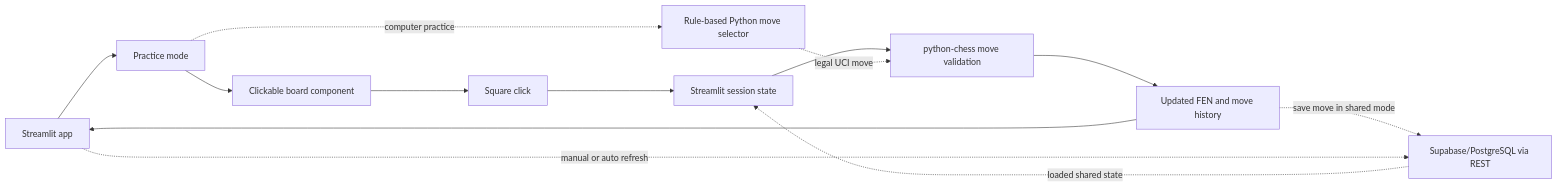
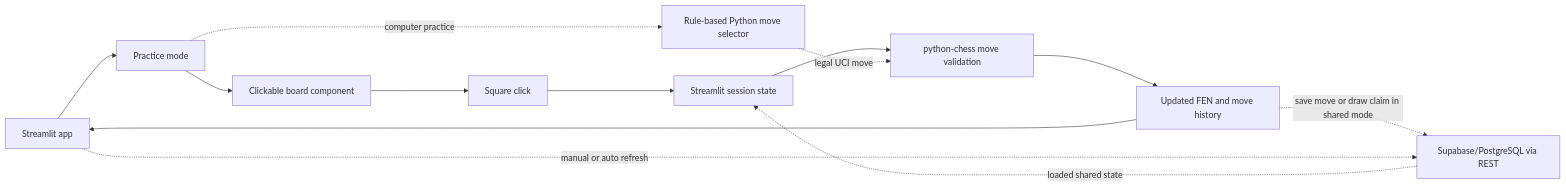
Before and after one commit to NikolayAir/Boardstep: the diagram in README.md, drawn with Mermaid. The commit also changed other lines of this file, not shown here.

````diff
--- a/README.md
+++ b/README.md
@@ -21,17 +21,17 @@
 ```mermaid
 flowchart LR
     UI["Streamlit app"] --> Mode["Practice mode"]
     Mode --> Board["Clickable board component"]
     Board --> Click["Square click"]
     Click --> State["Streamlit session state"]
     State --> Rules["python-chess move validation"]
     Rules --> Position["Updated FEN and move history"]
     Position --> UI
 
     Mode -. "computer practice" .-> Computer["Rule-based Python move selector"]
     Computer -. "legal UCI move" .-> Rules
 
-    Position -. "save move in shared mode" .-> Storage["Supabase/PostgreSQL via REST"]
+    Position -. "save move or draw claim in shared mode" .-> Storage["Supabase/PostgreSQL via REST"]
     UI -. "manual or auto refresh" .-> Storage
     Storage -. "loaded shared state" .-> State
 ```
````
